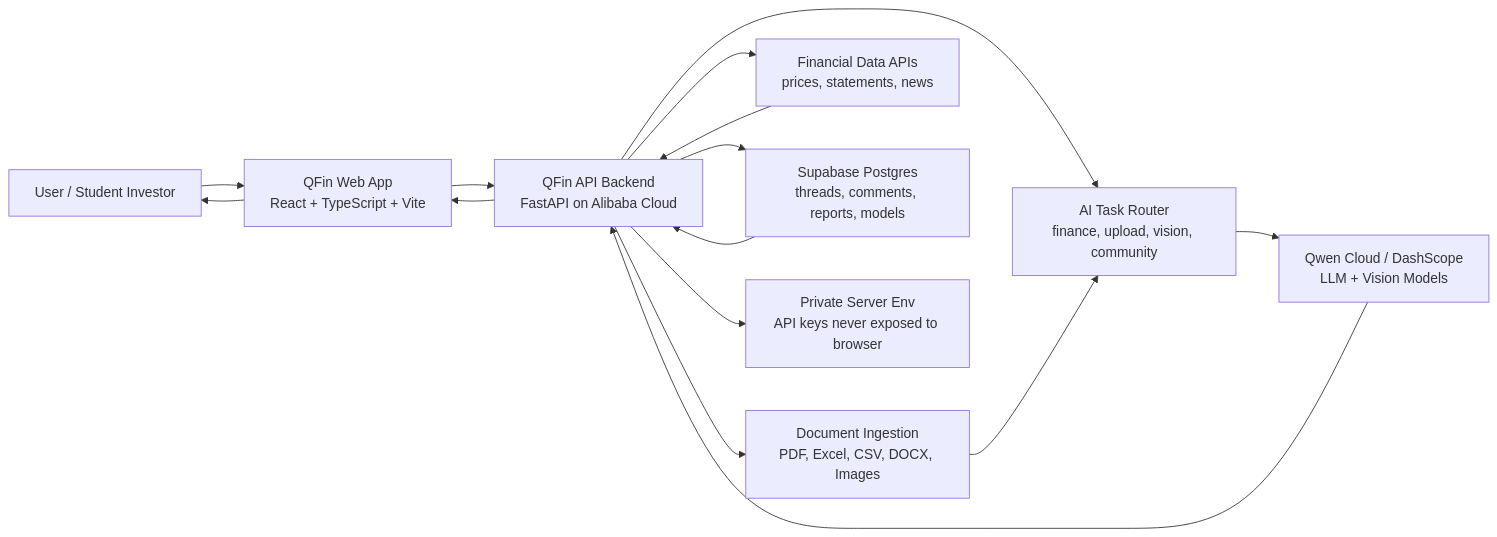
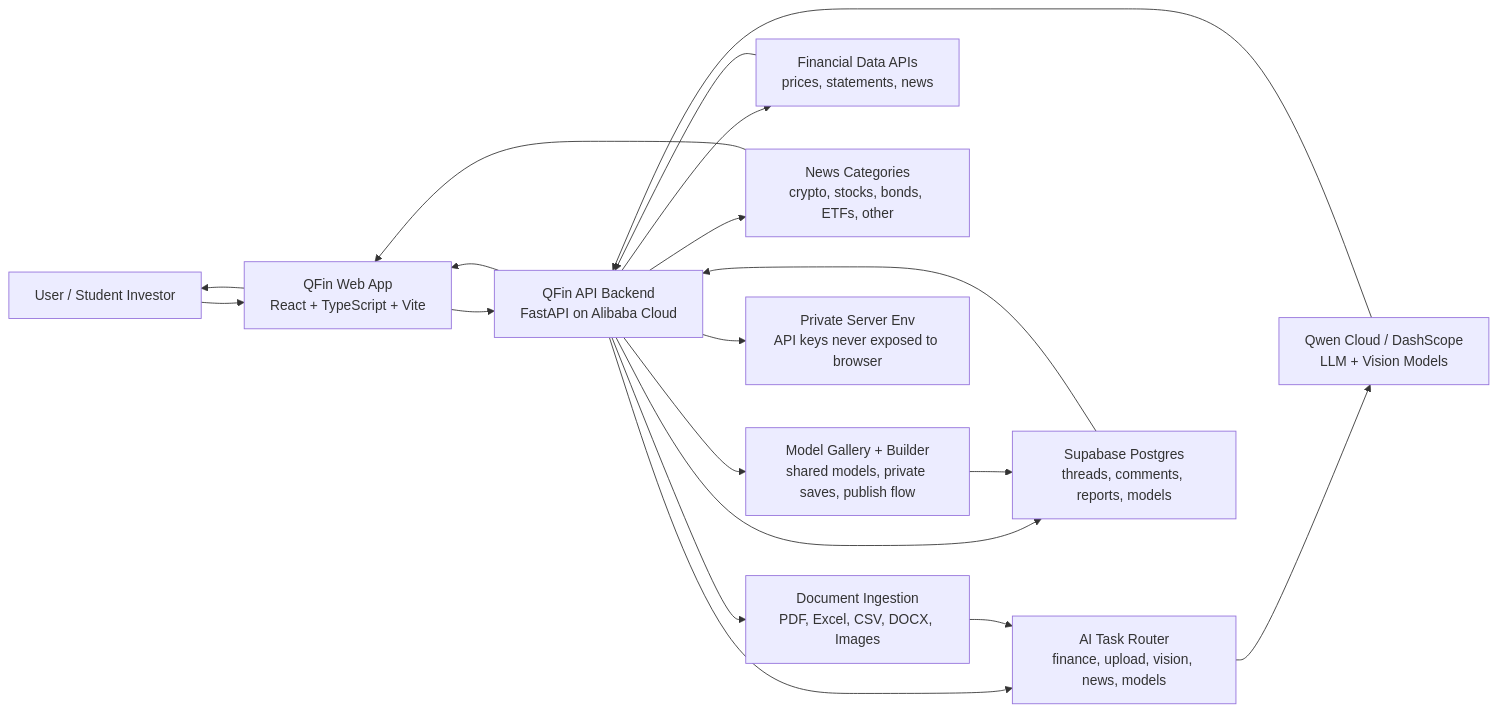
One commit to jamienatorX/QFin-Terminal changed the diagram in docs/HACKATHON_SUBMISSION.md. Above: the diagram before and after it, drawn with Mermaid. The commit also changed other lines of this file, not shown here.

Commit message:
Expand-hackathon-script-with-news-and-builder

````diff
--- a/docs/HACKATHON_SUBMISSION.md
+++ b/docs/HACKATHON_SUBMISSION.md
@@ -81,27 +85,33 @@
 ```mermaid
 flowchart LR
     user["User / Student Investor"]
     browser["QFin Web App<br/>React + TypeScript + Vite"]
     api["QFin API Backend<br/>FastAPI on Alibaba Cloud"]
-    router["AI Task Router<br/>finance, upload, vision, community"]
+    router["AI Task Router<br/>finance, upload, vision, news, models"]
     qwen["Qwen Cloud / DashScope<br/>LLM + Vision Models"]
     parser["Document Ingestion<br/>PDF, Excel, CSV, DOCX, Images"]
     market["Financial Data APIs<br/>prices, statements, news"]
+    news["News Categories<br/>crypto, stocks, bonds, ETFs, other"]
+    models["Model Gallery + Builder<br/>shared models, private saves, publish flow"]
     db["Supabase Postgres<br/>threads, comments, reports, models"]
     storage["Private Server Env<br/>API keys never exposed to browser"]
 
     user --> browser
     browser --> api
     api --> router
     api --> parser
     router --> qwen
     api --> market
+    api --> news
+    api --> models
     api --> db
     api --> storage
     parser --> router
     qwen --> api
     market --> api
+    news --> browser
+    models --> db
     db --> api
     api --> browser
     browser --> user
 ```
````
